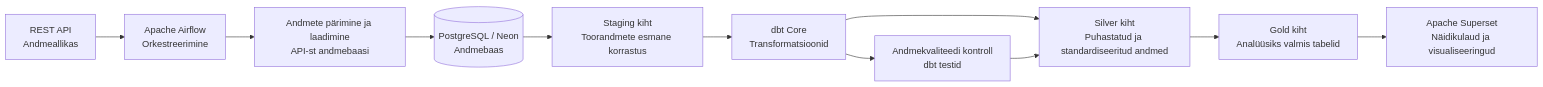
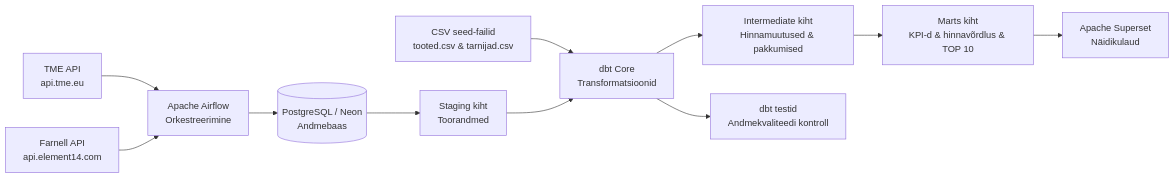
One commit to mplza/tarnijakataloogid changed the diagram in docs/arhitektuur.md. Above: the diagram before and after it, drawn with Mermaid. The commit also changed other lines of this file, not shown here.

Commit message:
Uuenda arhitektuur.md: riskid, andmeallikad, mermaid diagramm

````diff
--- a/docs/arhitektuur.md
+++ b/docs/arhitektuur.md
@@ -43,16 +49,17 @@
 ```mermaid
 flowchart LR
-    A[REST API<br>Andmeallikas] --> B[Apache Airflow<br>Orkestreerimine]
-    B --> C[Andmete pärimine ja laadimine<br>API-st andmebaasi]
-    C --> D[(PostgreSQL / Neon<br>Andmebaas)]
+    TME["TME API<br/>api.tme.eu"] --> B["Apache Airflow<br/>Orkestreerimine"]
+    E14["Farnell API<br/>api.element14.com"] --> B
+    SEED["CSV seed-failid<br/>tooted.csv & tarnijad.csv"] --> F
 
-    D --> E[Staging kiht<br>Toorandmete esmane korrastus]
-    E --> F[dbt Core<br>Transformatsioonid]
-    F --> G[Silver kiht<br>Puhastatud ja standardiseeritud andmed]
-    G --> H[Gold kiht<br>Analüüsiks valmis tabelid]
+    B --> D[("PostgreSQL / Neon<br/>Andmebaas")]
 
-    F --> I[Andmekvaliteedi kontroll<br>dbt testid]
-    I --> G
+    D --> E["Staging kiht<br/>Toorandmed"]
+    E --> F["dbt Core<br/>Transformatsioonid"]
+    F --> G["Intermediate kiht<br/>Hinnamuutused & pakkumised"]
+    G --> H["Marts kiht<br/>KPI-d & hinnavõrdlus & TOP 10"]
 
-    H --> J[Apache Superset<br>Näidikulaud ja visualiseeringud]
+    F --> I["dbt testid<br/>Andmekvaliteedi kontroll"]
+
+    H --> J["Apache Superset<br/>Näidikulaud"]
 ```
````
